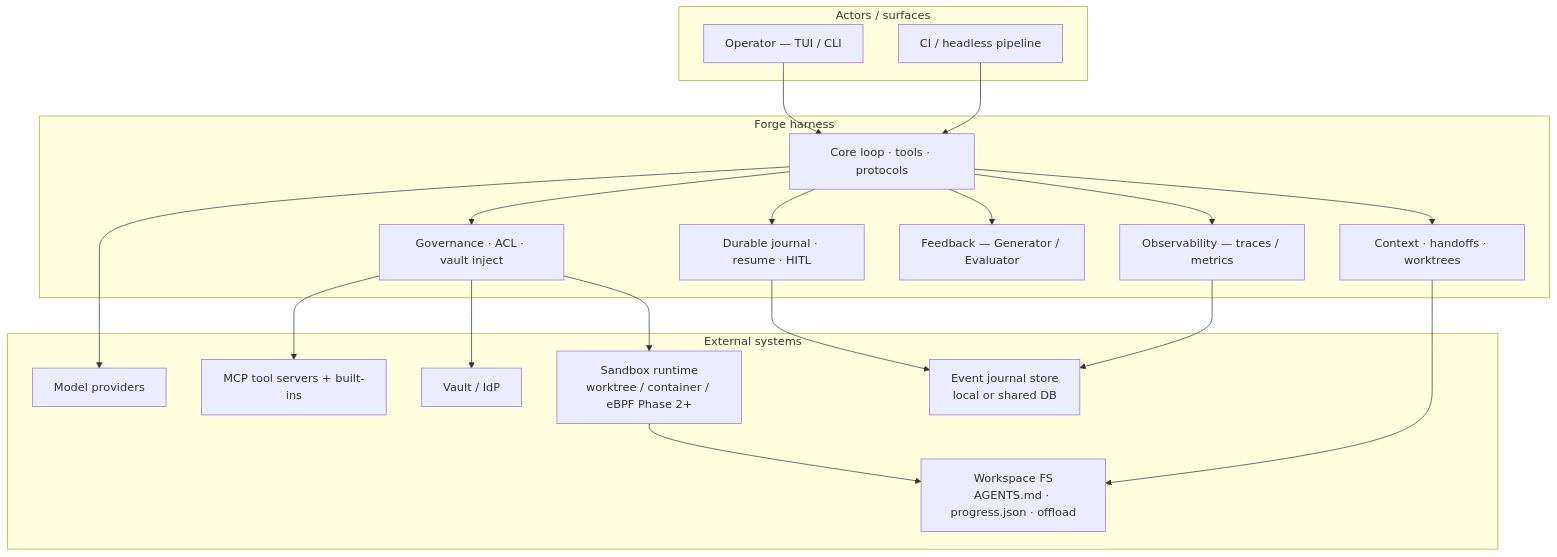
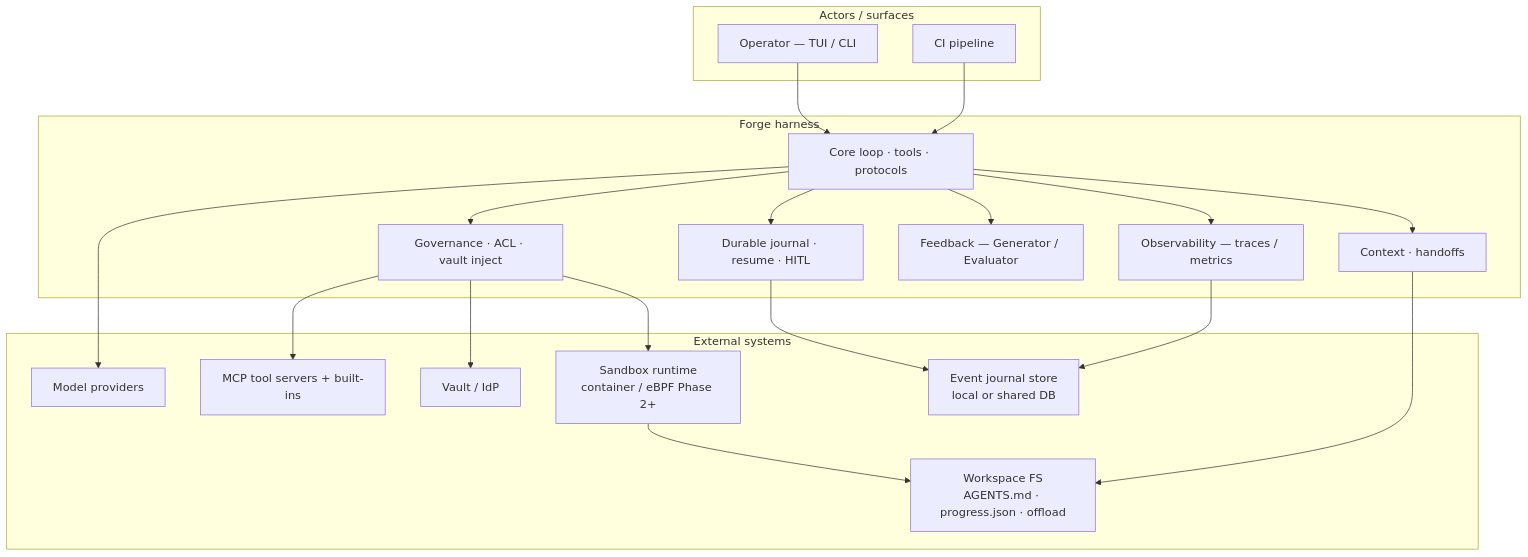
The first of 14 diagrams in docs/architecture.md (NorviaLabs/forge), drawn with Mermaid before and after one commit. The commit also changed other lines of this file and 18 other files, not shown here.

````diff
--- a/docs/architecture.md
+++ b/docs/architecture.md
@@ -73,43 +72,43 @@
 ```mermaid
 flowchart TB
   subgraph actors["Actors / surfaces"]
     OP["Operator — TUI / CLI"]
-    CI["CI / headless pipeline"]
+    CI["CI pipeline"]
   end
 
   subgraph forge["Forge harness"]
     CORE["Core loop · tools · protocols"]
-    CTX["Context · handoffs · worktrees"]
+    CTX["Context · handoffs"]
     DUR["Durable journal · resume · HITL"]
     GOV["Governance · ACL · vault inject"]
     FB["Feedback — Generator / Evaluator"]
     OBS["Observability — traces / metrics"]
   end
 
   subgraph externals["External systems"]
     MDL["Model providers"]
     MCP["MCP tool servers + built-ins"]
     VAULT["Vault / IdP"]
-    SBX["Sandbox runtime<br/>worktree / container / eBPF Phase 2+"]
+    SBX["Sandbox runtime<br/>container / eBPF Phase 2+"]
     WS["Workspace FS<br/>AGENTS.md · progress.json · offload"]
     JRN["Event journal store<br/>local or shared DB"]
   end
 
   OP --> CORE
   CI --> CORE
 
   CORE --> CTX
   CORE --> DUR
   CORE --> GOV
   CORE --> FB
   CORE --> OBS
 
   CORE --> MDL
   GOV --> VAULT
   GOV --> MCP
   GOV --> SBX
   SBX --> WS
   CTX --> WS
   DUR --> JRN
   OBS --> JRN
 ```
````
